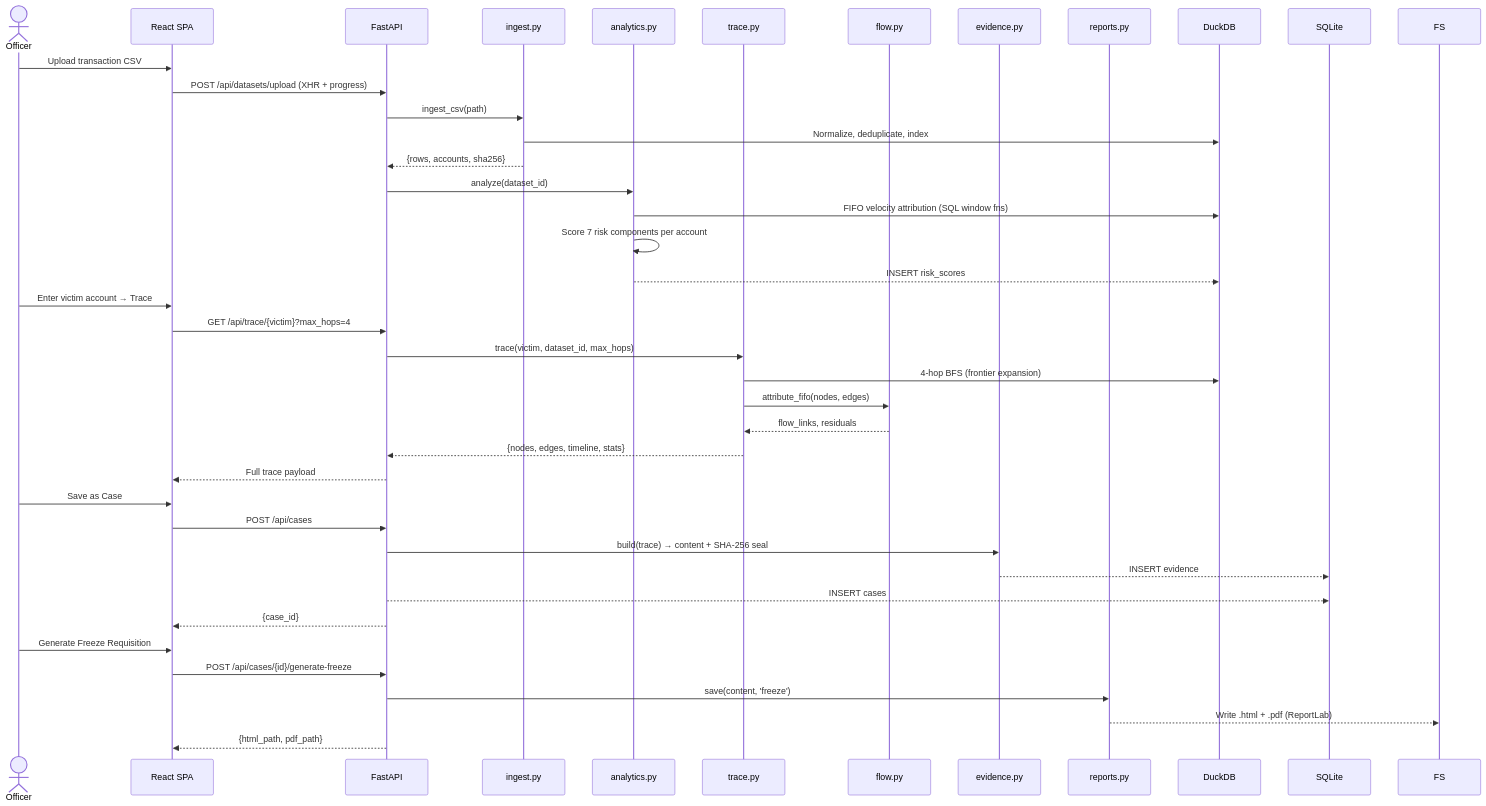
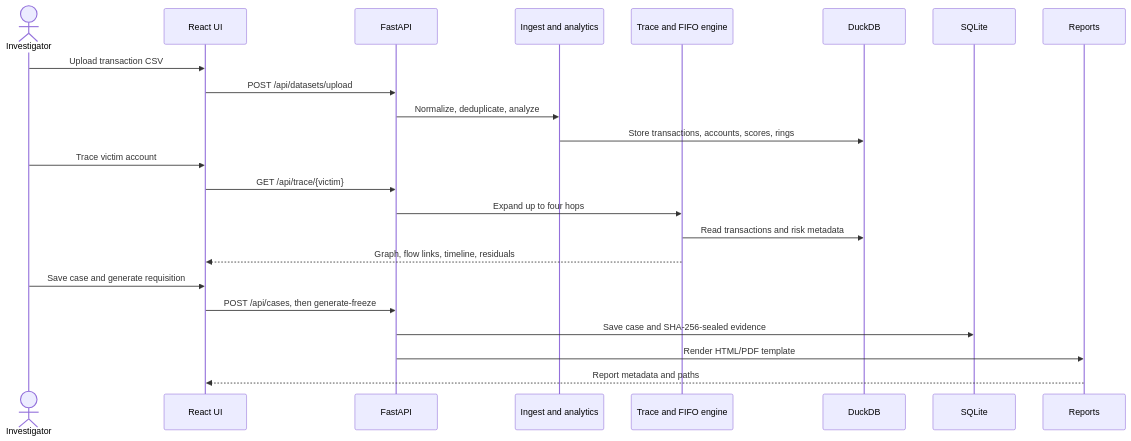
The second of 2 diagrams in ARCHITECTURE.md (SHASHWAT-19514/vh26), drawn with Mermaid before and after one commit. The commit also changed other lines of this file, not shown here.

First line of the commit message:
full flow

````diff
--- a/ARCHITECTURE.md
+++ b/ARCHITECTURE.md
@@ -118,46 +31,26 @@
 ```mermaid
 sequenceDiagram
-    actor Officer
-    participant UI as React SPA
-    participant API as FastAPI
-    participant ING as ingest.py
-    participant ANA as analytics.py
-    participant TRC as trace.py
-    participant FLW as flow.py
-    participant EV as evidence.py
-    participant RPT as reports.py
-    participant DDB as DuckDB
-    participant SDB as SQLite
+  actor Investigator
+  participant UI as React UI
+  participant API as FastAPI
+  participant Ingest as Ingest and analytics
+  participant Trace as Trace and FIFO engine
+  participant DB as DuckDB
+  participant Store as SQLite
+  participant Reports
 
-    Officer->>UI: Upload transaction CSV
-    UI->>API: POST /api/datasets/upload (XHR + progress)
-    API->>ING: ingest_csv(path)
-    ING->>DDB: Normalize, deduplicate, index
-    ING-->>API: {rows, accounts, sha256}
-    API->>ANA: analyze(dataset_id)
-    ANA->>DDB: FIFO velocity attribution (SQL window fns)
-    ANA->>ANA: Score 7 risk components per account
-    ANA-->>DDB: INSERT risk_scores
-
-    Officer->>UI: Enter victim account → Trace
-    UI->>API: GET /api/trace/{victim}?max_hops=4
-    API->>TRC: trace(victim, dataset_id, max_hops)
-    TRC->>DDB: 4-hop BFS (frontier expansion)
-    TRC->>FLW: attribute_fifo(nodes, edges)
-    FLW-->>TRC: flow_links, residuals
-    TRC-->>API: {nodes, edges, timeline, stats}
-    API-->>UI: Full trace payload
-
-    Officer->>UI: Save as Case
-    UI->>API: POST /api/cases
-    API->>EV: build(trace) → content + SHA-256 seal
-    EV-->>SDB: INSERT evidence
-    API-->>SDB: INSERT cases
-    API-->>UI: {case_id}
-
-    Officer->>UI: Generate Freeze Requisition
-    UI->>API: POST /api/cases/{id}/generate-freeze
-    API->>RPT: save(content, 'freeze')
-    RPT-->>FS: Write .html + .pdf (ReportLab)
-    API-->>UI: {html_path, pdf_path}
+  Investigator->>UI: Upload transaction CSV
+  UI->>API: POST /api/datasets/upload
+  API->>Ingest: Normalize, deduplicate, analyze
+  Ingest->>DB: Store transactions, accounts, scores, rings
+  Investigator->>UI: Trace victim account
+  UI->>API: GET /api/trace/{victim}
+  API->>Trace: Expand up to four hops
+  Trace->>DB: Read transactions and risk metadata
+  Trace-->>UI: Graph, flow links, timeline, residuals
+  Investigator->>UI: Save case and generate requisition
+  UI->>API: POST /api/cases, then generate-freeze
+  API->>Store: Save case and SHA-256-sealed evidence
+  API->>Reports: Render HTML/PDF template
+  Reports-->>UI: Report metadata and paths
 ```
````
